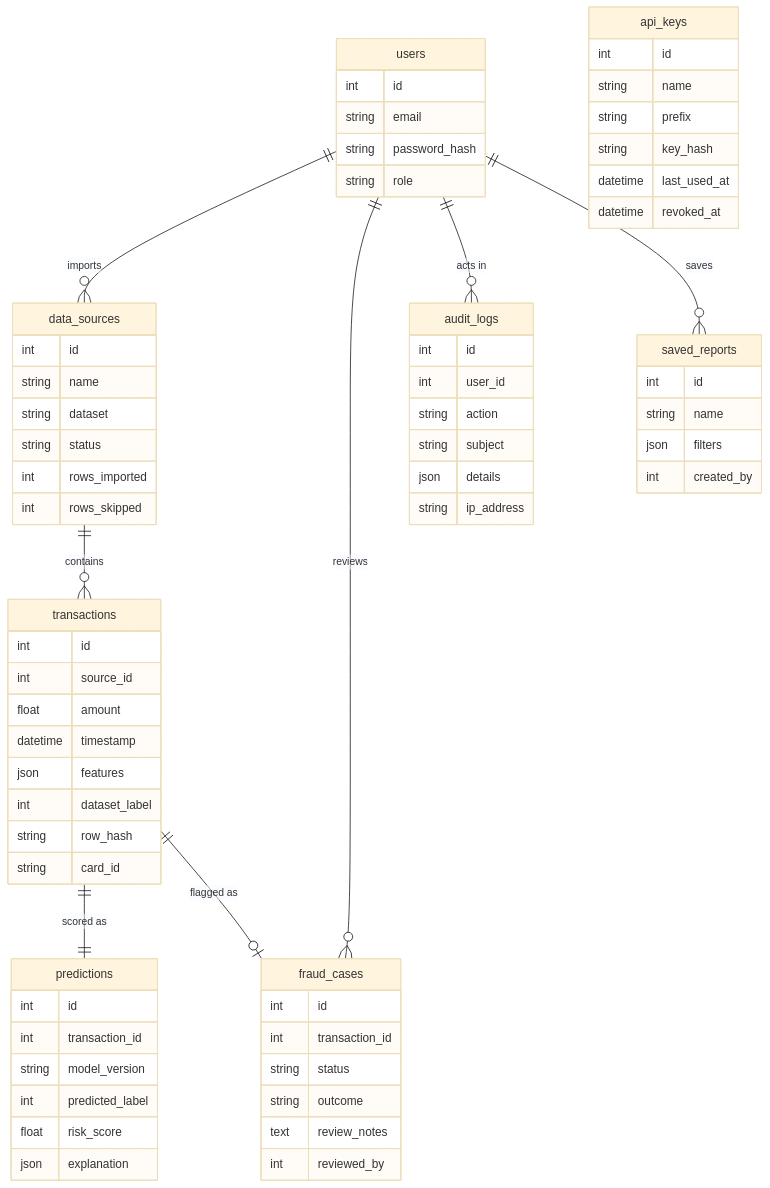
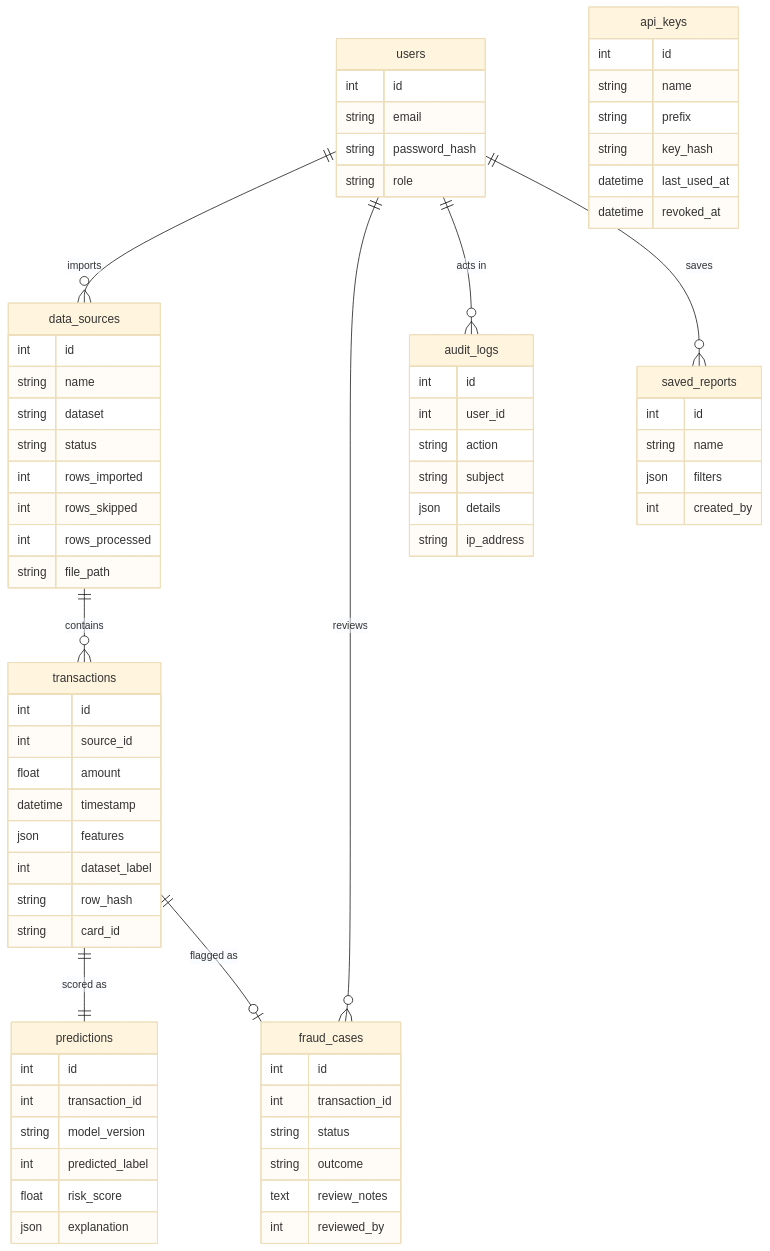
One commit to Im-manojkumar/Secure-Bank changed the third of 3 diagrams in docs/ARCHITECTURE.md. Above: the diagram before and after it, drawn with Mermaid (base theme). The commit also changed other lines of this file and 16 other files, not shown here.

````diff
--- a/docs/ARCHITECTURE.md
+++ b/docs/ARCHITECTURE.md
@@ -66,73 +79,75 @@
 ```mermaid
 erDiagram
     users ||--o{ data_sources : imports
     users ||--o{ fraud_cases : reviews
     users ||--o{ audit_logs : "acts in"
     users ||--o{ saved_reports : saves
     data_sources ||--o{ transactions : contains
     transactions ||--|| predictions : "scored as"
     transactions ||--o| fraud_cases : "flagged as"
 
     users {
         int id
         string email
         string password_hash
         string role
     }
     data_sources {
         int id
         string name
         string dataset
         string status
         int rows_imported
         int rows_skipped
+        int rows_processed
+        string file_path
     }
     transactions {
         int id
         int source_id
         float amount
         datetime timestamp
         json features
         int dataset_label
         string row_hash
         string card_id
     }
     predictions {
         int id
         int transaction_id
         string model_version
         int predicted_label
         float risk_score
         json explanation
     }
     fraud_cases {
         int id
         int transaction_id
         string status
         string outcome
         text review_notes
         int reviewed_by
     }
     saved_reports {
         int id
         string name
         json filters
         int created_by
     }
     api_keys {
         int id
         string name
         string prefix
         string key_hash
         datetime last_used_at
         datetime revoked_at
     }
     audit_logs {
         int id
         int user_id
         string action
         string subject
         json details
         string ip_address
     }
 ```
````
